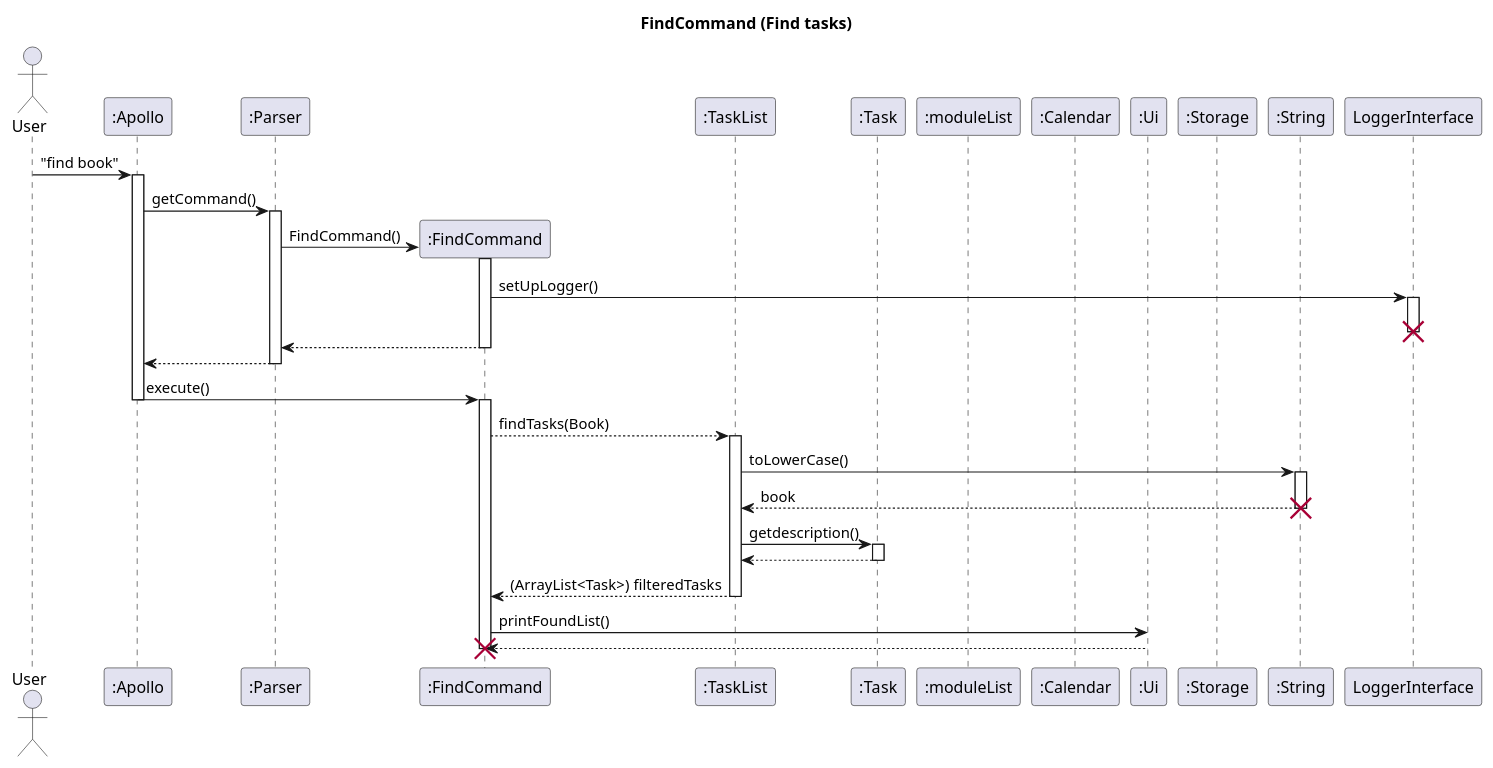
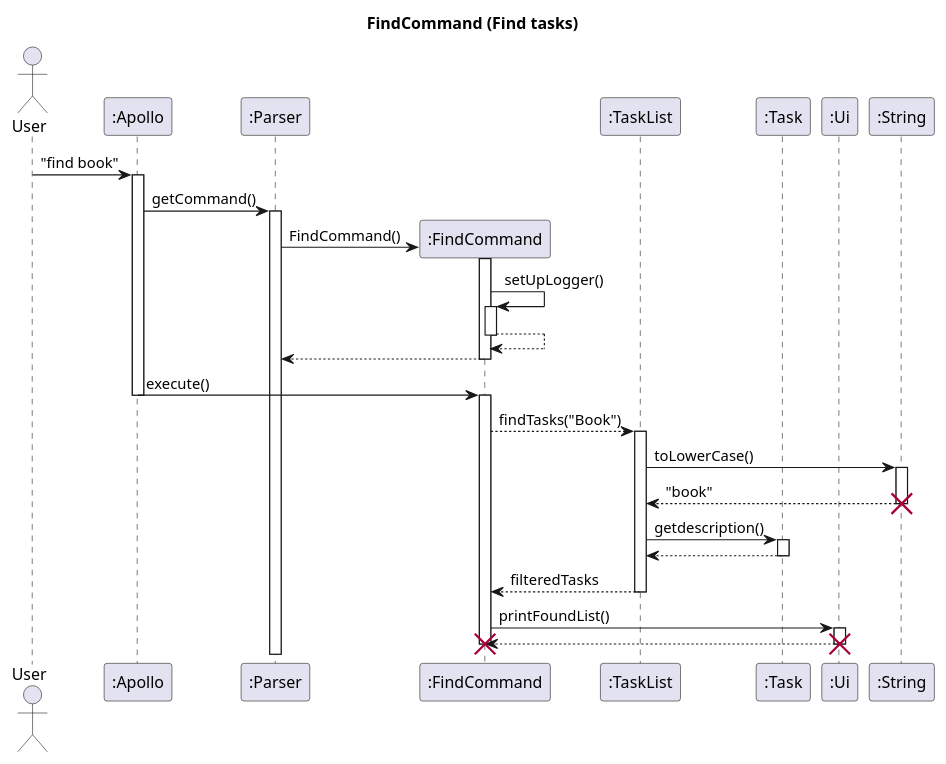
The diagram in docs/uml-source/FindCommand.puml (nus-cs2113-AY2223S2/tp), drawn with PlantUML before and after one commit. The commit also changed 1 other file, not shown here.

```diff
--- a/docs/uml-source/FindCommand.puml
+++ b/docs/uml-source/FindCommand.puml
@@ -1,62 +1,60 @@
 @startuml
 title FindCommand (Find tasks)
 
 actor User
 participant ":Apollo" as Apollo
 participant ":Parser" as Parser
 participant ":FindCommand" as Find
 participant ":TaskList" as TaskList
 participant ":Task" as Task
-participant ":moduleList" as ModuleList
-participant ":Calendar" as Calendar
 participant ":Ui" as Ui
-participant ":Storage" as Storage
 participant ":String" as String
 
 User -> Apollo : "find book"
 activate Apollo
 Apollo -> Parser : getCommand()
 activate Parser
 Parser -> Find** : FindCommand()
 Find++
-Find -> LoggerInterface : setUpLogger()
+Find -> Find++ : setUpLogger()
 
-activate LoggerInterface
-deactivate LoggerInterface
-destroy LoggerInterface
+
 return
 return
 
 Apollo -> Find : execute()
 Apollo --
 activate Find
-Find --> TaskList : findTasks(Book)
+Find --> TaskList : findTasks("Book")
 activate TaskList
 TaskList -> String : toLowerCase()
 activate String
-String --> TaskList : book
+String --> TaskList : "book"
 deactivate String
 destroy String
 TaskList -> Task : getdescription()
 activate Task
 Task --> TaskList
 deactivate Task
-TaskList --> Find: (ArrayList<Task>) filteredTasks
+TaskList --> Find: filteredTasks
 deactivate TaskList
 Find -> Ui : printFoundList()
+activate Ui
 Ui --> Find
+deactivate Ui
+destroy Ui
 destroy Find
 
 
 
 
 
 
 
 
 
 
 
 
 
 @enduml
```
